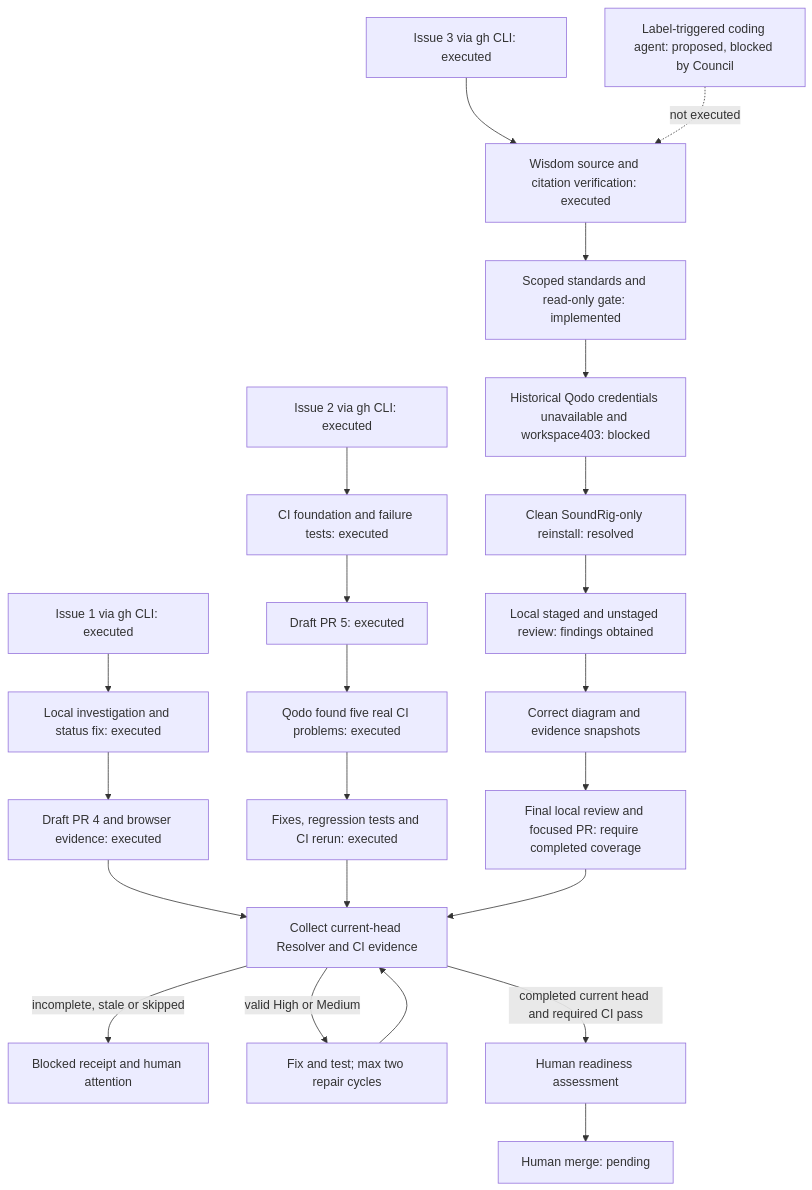
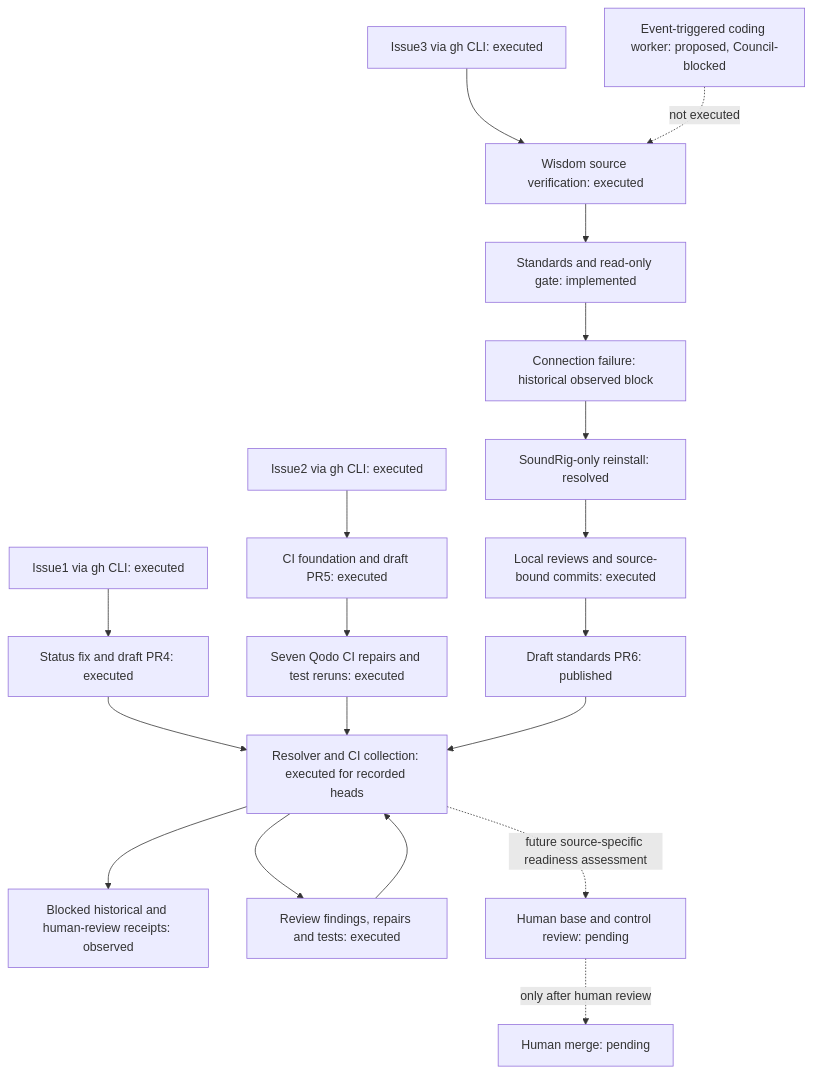
Before and after one commit to divyanshAgarwal123/soundrig: the diagram in docs/qodo/FACTORY.md, drawn with Mermaid. The commit also changed other lines of this file and 11 other files, not shown here.

Commit message:
Require human base review and distinguish observed factory evidence

````diff
--- a/docs/qodo/FACTORY.md
+++ b/docs/qodo/FACTORY.md
@@ -5,25 +5,21 @@
 ```mermaid
 flowchart TD
-    A1[Issue 1 via gh CLI: executed] --> L1[Local investigation and status fix: executed]
-    L1 --> P1[Draft PR 4 and browser evidence: executed]
-    A2[Issue 2 via gh CLI: executed] --> C2[CI foundation and failure tests: executed]
-    C2 --> P2[Draft PR 5: executed]
-    P2 --> R2[Qodo found five real CI problems: executed]
-    R2 --> F2[Fixes, regression tests and CI rerun: executed]
-    A3[Issue 3 via gh CLI: executed] --> W3[Wisdom source and citation verification: executed]
-    W3 --> S3[Scoped standards and read-only gate: implemented]
-    S3 --> AUTH[Historical Qodo credentials unavailable and workspace403: blocked]
-    AUTH --> RECONNECT[Clean SoundRig-only reinstall: resolved]
-    RECONNECT --> Q3[Local staged and unstaged review: findings obtained]
-    Q3 --> D3[Correct diagram and evidence snapshots]
-    D3 --> V3[Final local review and focused PR: require completed coverage]
-    P1 --> G[Collect current-head Resolver and CI evidence]
-    F2 --> G
-    V3 --> G
-    G -->|incomplete, stale or skipped| STOP[Blocked receipt and human attention]
-    G -->|valid High or Medium| FIX[Fix and test; max two repair cycles]
+    A1[Issue1 via gh CLI: executed] --> L1[Status fix and draft PR4: executed]
+    A2[Issue2 via gh CLI: executed] --> C2[CI foundation and draft PR5: executed]
+    C2 --> R2[Seven Qodo CI repairs and test reruns: executed]
+    A3[Issue3 via gh CLI: executed] --> W3[Wisdom source verification: executed]
+    W3 --> S3[Standards and read-only gate: implemented]
+    S3 --> AUTH[Connection failure: historical observed block]
+    AUTH --> RECONNECT[SoundRig-only reinstall: resolved]
+    RECONNECT --> Q3[Local reviews and source-bound commits: executed]
+    Q3 --> P3[Draft standards PR6: published]
+    L1 --> G[Resolver and CI collection: executed for recorded heads]
+    R2 --> G
+    P3 --> G
+    G --> STOP[Blocked historical and human-review receipts: observed]
+    G --> FIX[Review findings, repairs and tests: executed]
     FIX --> G
-    G -->|completed current head and required CI pass| READY[Human readiness assessment]
-    READY --> MERGE[Human merge: pending]
-    JOB[Label-triggered coding agent: proposed, blocked by Council] -. not executed .-> W3
+    G -. future source-specific readiness assessment .-> READY[Human base and control review: pending]
+    READY -. only after human review .-> MERGE[Human merge: pending]
+    JOB[Event-triggered coding worker: proposed, Council-blocked] -. not executed .-> W3
 ```
````
